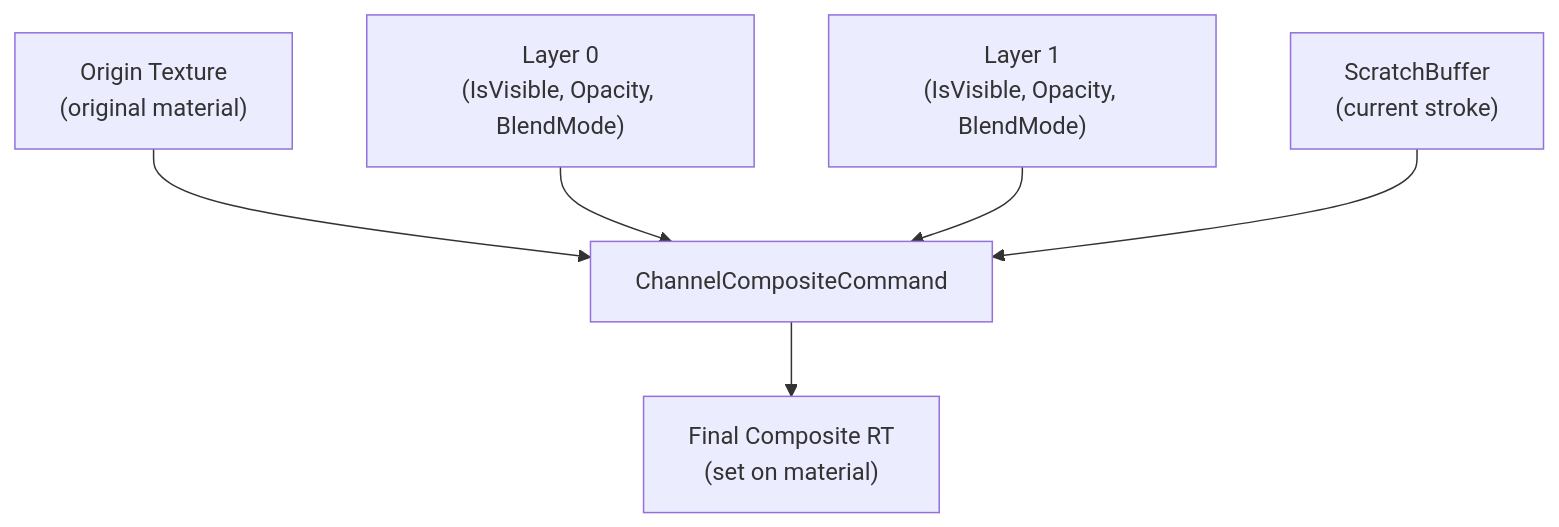
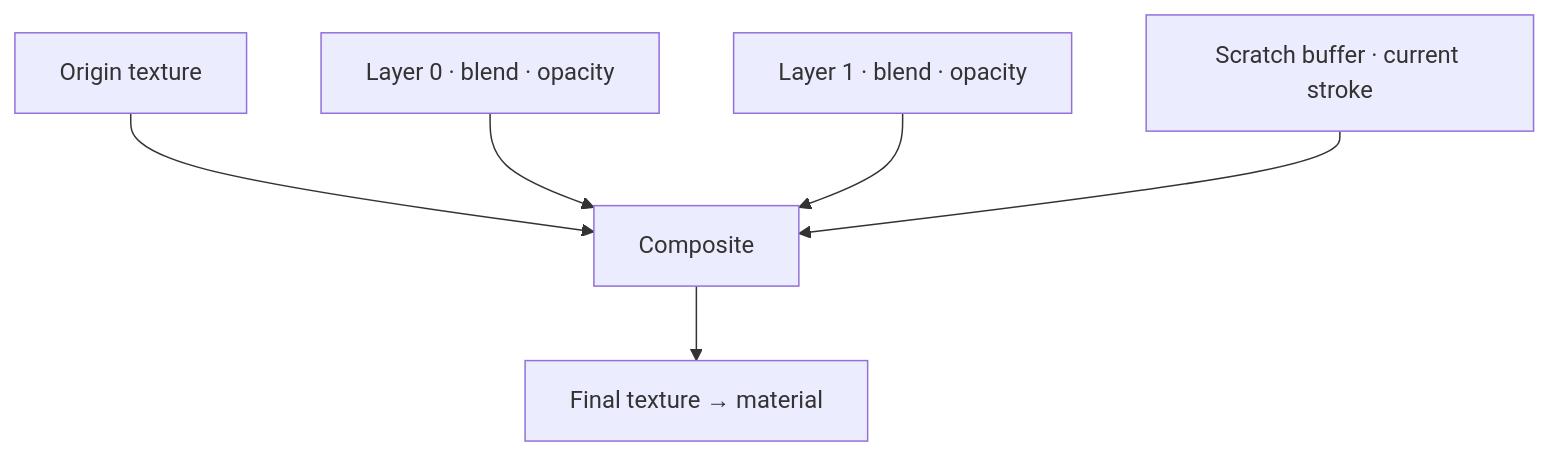
The diagram in docs/tools/simple-painter/channels-layers.md (deepwavegame/deepwavegame.github.io), drawn with Mermaid before and after one commit. The commit also changed other lines of this file and 74 other files, not shown here.

````diff
--- a/docs/tools/simple-painter/channels-layers.md
+++ b/docs/tools/simple-painter/channels-layers.md
@@ -131,8 +59,8 @@
 ```mermaid
 graph TD
-    A["Origin Texture<br/>(original material)"] --> E["ChannelCompositeCommand"]
-    B["Layer 0<br/>(IsVisible, Opacity, BlendMode)"] --> E
-    C["Layer 1<br/>(IsVisible, Opacity, BlendMode)"] --> E
-    D["ScratchBuffer<br/>(current stroke)"] --> E
-    E --> F["Final Composite RT<br/>(set on material)"]
+    A["Origin texture"] --> E["Composite"]
+    B["Layer 0 · blend · opacity"] --> E
+    C["Layer 1 · blend · opacity"] --> E
+    D["Scratch buffer · current stroke"] --> E
+    E --> F["Final texture → material"]
 ```
````
